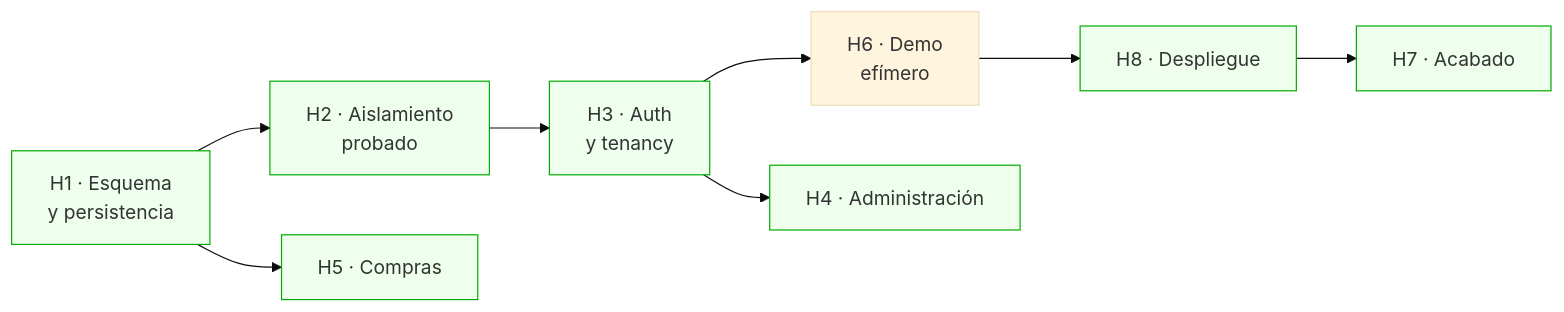
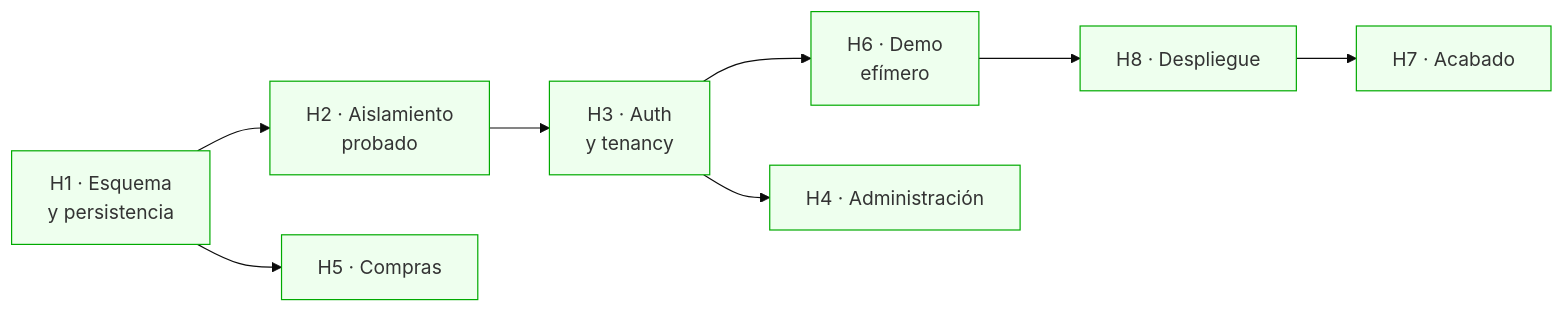
The diagram in docs/ROADMAP.md (Jundev66/CoreBiz), drawn with Mermaid (base theme) before and after one commit. The commit also changed other lines of this file and 16 other files, not shown here.

````diff
--- a/docs/ROADMAP.md
+++ b/docs/ROADMAP.md
@@ -53,18 +53,19 @@
 ```mermaid
 graph LR
   H1[H1 · Esquema<br/>y persistencia] --> H2[H2 · Aislamiento<br/>probado]
   H2 --> H3[H3 · Auth<br/>y tenancy]
   H3 --> H6[H6 · Demo<br/>efímero]
   H6 --> H8[H8 · Despliegue]
   H3 --> H4[H4 · Administración]
   H1 --> H5[H5 · Compras]
   H8 --> H7[H7 · Acabado]
 
   style H1 fill:#efe,stroke:#0a0
   style H2 fill:#efe,stroke:#0a0
   style H3 fill:#efe,stroke:#0a0
   style H4 fill:#efe,stroke:#0a0
   style H5 fill:#efe,stroke:#0a0
+  style H6 fill:#efe,stroke:#0a0
   style H7 fill:#efe,stroke:#0a0
   style H8 fill:#efe,stroke:#0a0
 ```
````
